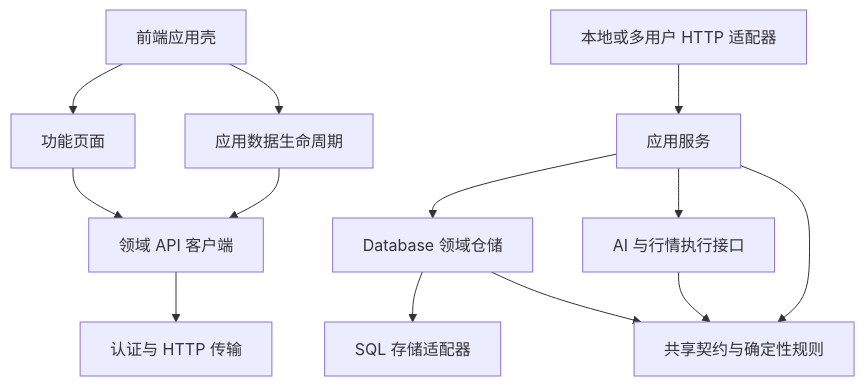
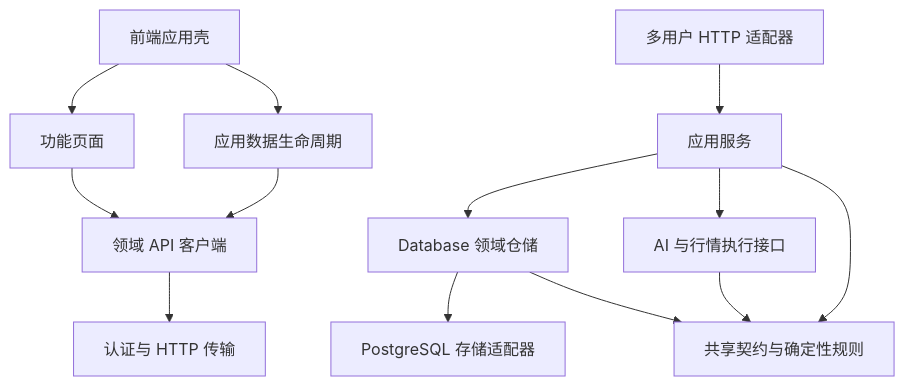
The diagram in docs/module-boundaries.md (lokinko/mario), drawn with Mermaid before and after one commit. The commit also changed other lines of this file and 80 other files, not shown here.

First line of the commit message:
Retire SQLite: PostgreSQL is the only runtime store

````diff
--- a/docs/module-boundaries.md
+++ b/docs/module-boundaries.md
@@ -26,15 +26,15 @@
 ```mermaid
 flowchart TD
     App[前端应用壳] --> Features[功能页面]
     App --> Lifecycle[应用数据生命周期]
     Features --> API[领域 API 客户端]
     Lifecycle --> API
     API --> Transport[认证与 HTTP 传输]
-    HTTP[本地或多用户 HTTP 适配器] --> UseCases[应用服务]
+    HTTP[多用户 HTTP 适配器] --> UseCases[应用服务]
     UseCases --> Repository[Database 领域仓储]
     UseCases --> Ports[AI 与行情执行接口]
-    Repository --> Storage[SQL 存储适配器]
+    Repository --> Storage[PostgreSQL 存储适配器]
     Repository --> Domain[共享契约与确定性规则]
     Ports --> Domain
     UseCases --> Domain
 ```
````
